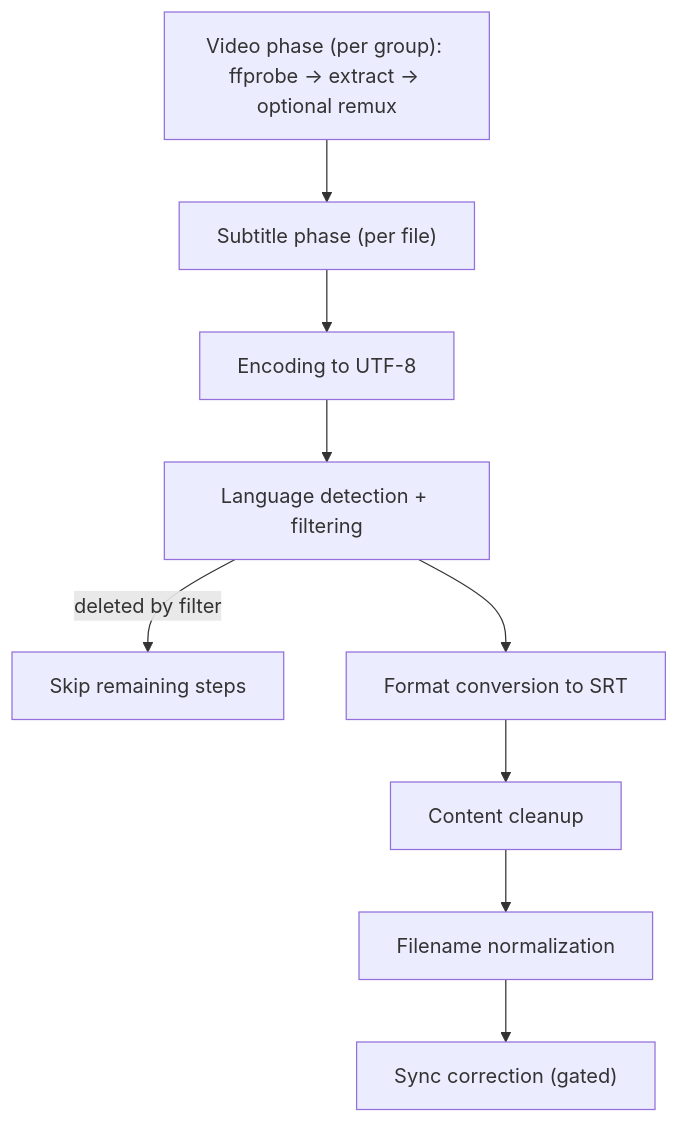
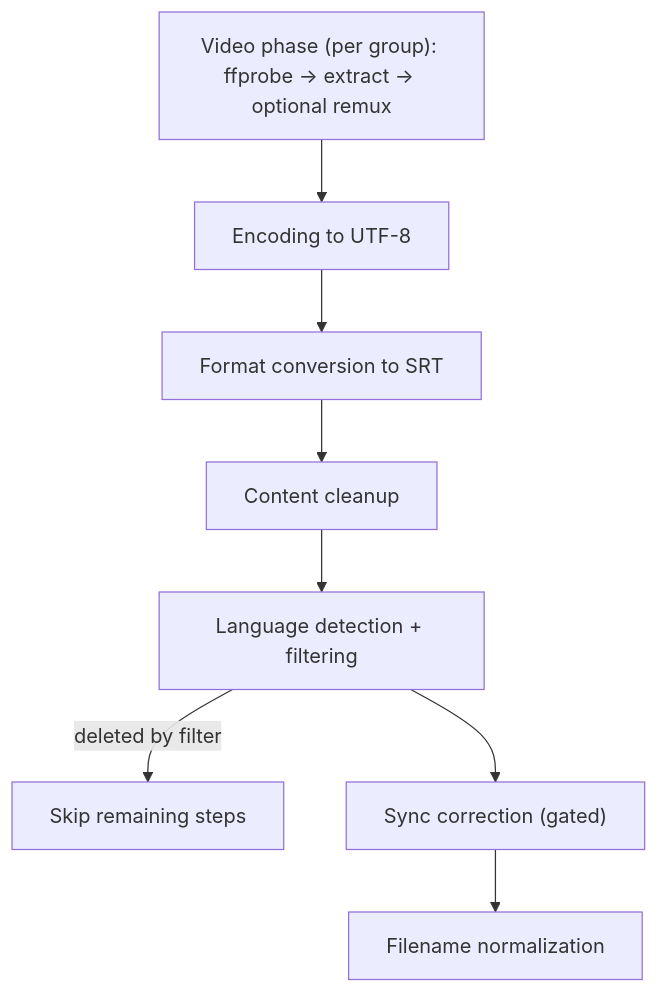
Before and after one commit to jjgroenendijk/subtitle-tool: the second of 2 diagrams in docs/architecture.md, drawn with Mermaid. The commit also changed other lines of this file, not shown here.

Commit message:
docs: fix pipeline step order in architecture diagram
Context: A review on PR #71 flagged that the new pipeline diagram (and the
pre-existing numbered step list it was drawn from) did not match
pipeline/runner.py: the doc implied language filtering runs before format
conversion and cleanup, and that sync runs after filename normalization.

Change: Reorder both the subtitle-phase list and the mermaid diagram to the
runner's actual dependency order (encoding, conversion, cleanup, sync,
detection, naming), and correct the caption to describe the filtering
reorder accurately (detection moves before sync only to skip alignment on
files the filter deletes; conversion and cleanup always precede detection,
and naming is always last).

Impact/Risk: Documentation only; no code or behavior changes.

Tests: none (docs only)

````diff
--- a/docs/architecture.md
+++ b/docs/architecture.md
@@ -89,12 +88,11 @@
 ```mermaid
 flowchart TD
     video["Video phase (per group): ffprobe -> extract -> optional remux"]
-    video --> sub["Subtitle phase (per file)"]
-    sub --> enc["Encoding to UTF-8"]
-    enc --> det["Language detection + filtering"]
+    video --> enc["Encoding to UTF-8"]
+    enc --> conv["Format conversion to SRT"]
+    conv --> clean["Content cleanup"]
+    clean --> det["Language detection + filtering"]
     det -->|deleted by filter| stop["Skip remaining steps"]
-    det --> conv["Format conversion to SRT"]
-    conv --> clean["Content cleanup"]
-    clean --> name["Filename normalization"]
-    name --> sync["Sync correction (gated)"]
+    det --> sync["Sync correction (gated)"]
+    sync --> name["Filename normalization"]
 ```
````
